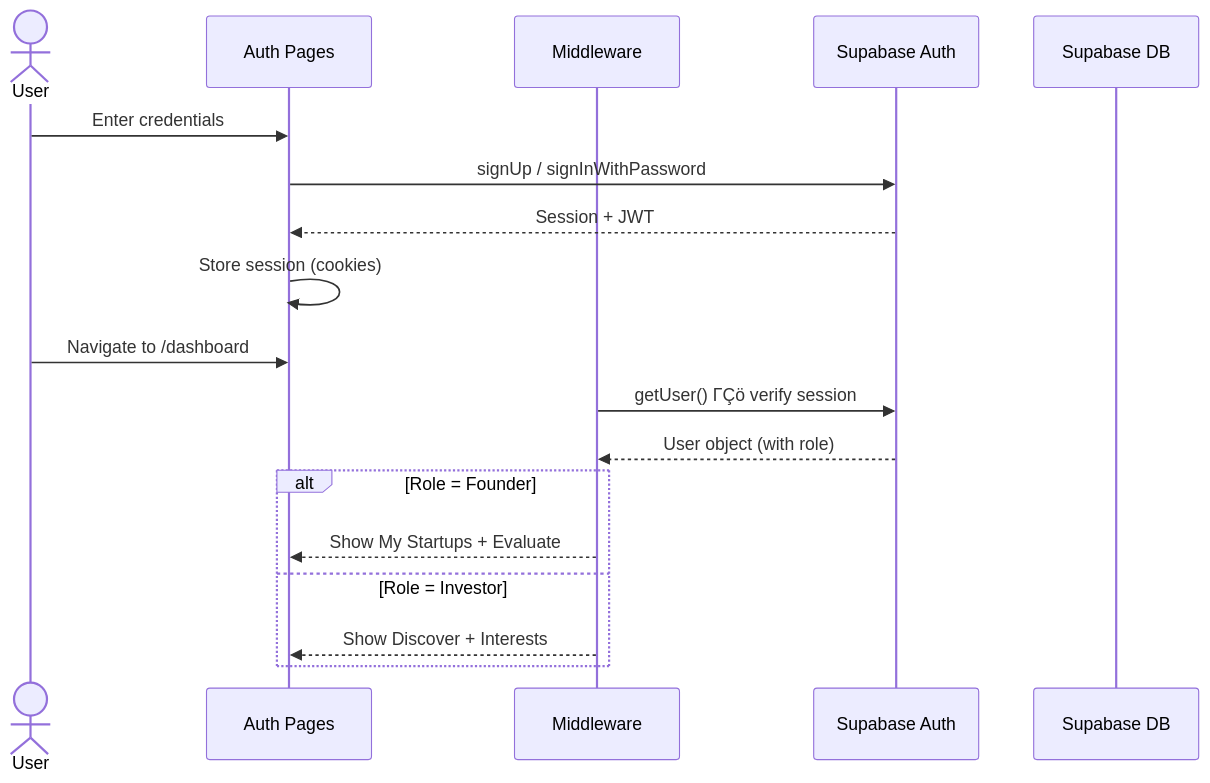
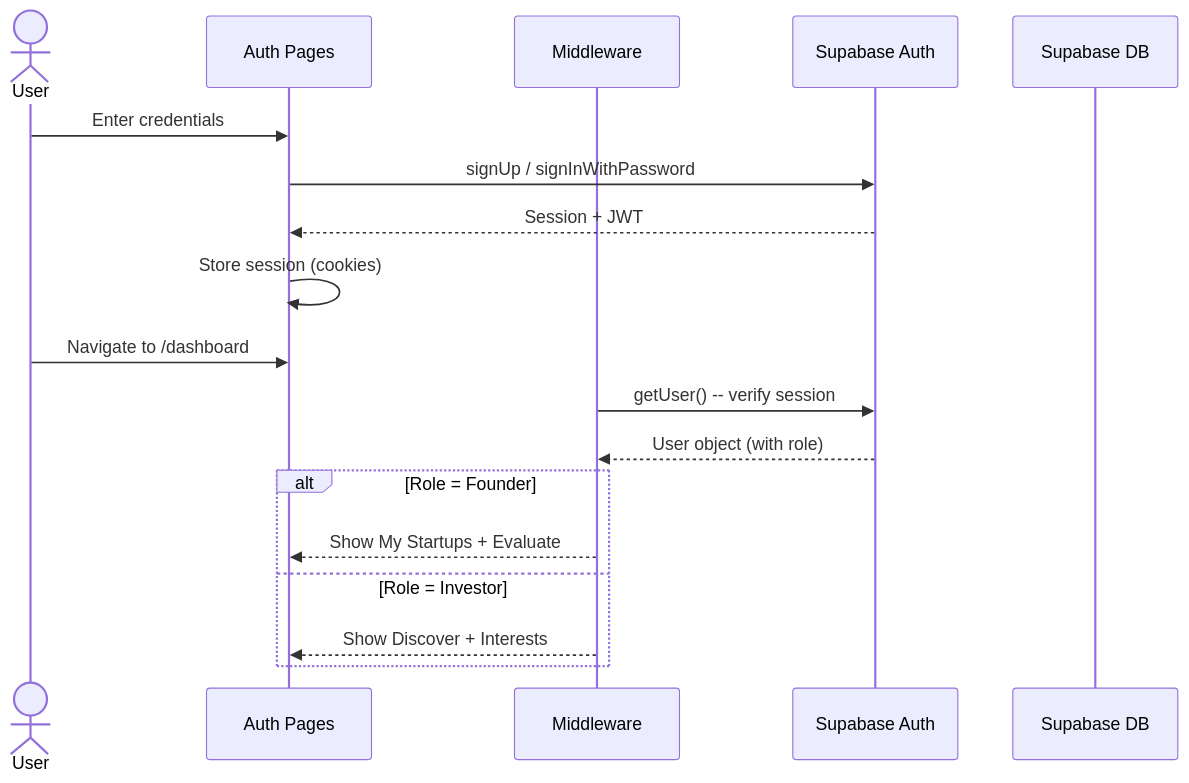
Before and after one commit to SameerShaik786/startup-idea-evaluator: the sixth of 9 diagrams in README.md, drawn with Mermaid. The commit also changed other lines of this file, not shown here.

````diff
--- a/README.md
+++ b/README.md
@@ -451,23 +451,23 @@
 ```mermaid
 sequenceDiagram
     actor User
     participant UI as Auth Pages
     participant MW as Middleware
     participant SB as Supabase Auth
     participant DB as Supabase DB
 
     User->>UI: Enter credentials
     UI->>SB: signUp / signInWithPassword
     SB-->>UI: Session + JWT
     UI->>UI: Store session (cookies)
 
     User->>UI: Navigate to /dashboard
-    MW->>SB: getUser() ΓÇö verify session
+    MW->>SB: getUser() -- verify session
     SB-->>MW: User object (with role)
 
     alt Role = Founder
         MW-->>UI: Show My Startups + Evaluate
     else Role = Investor
         MW-->>UI: Show Discover + Interests
     end
 ```
````
